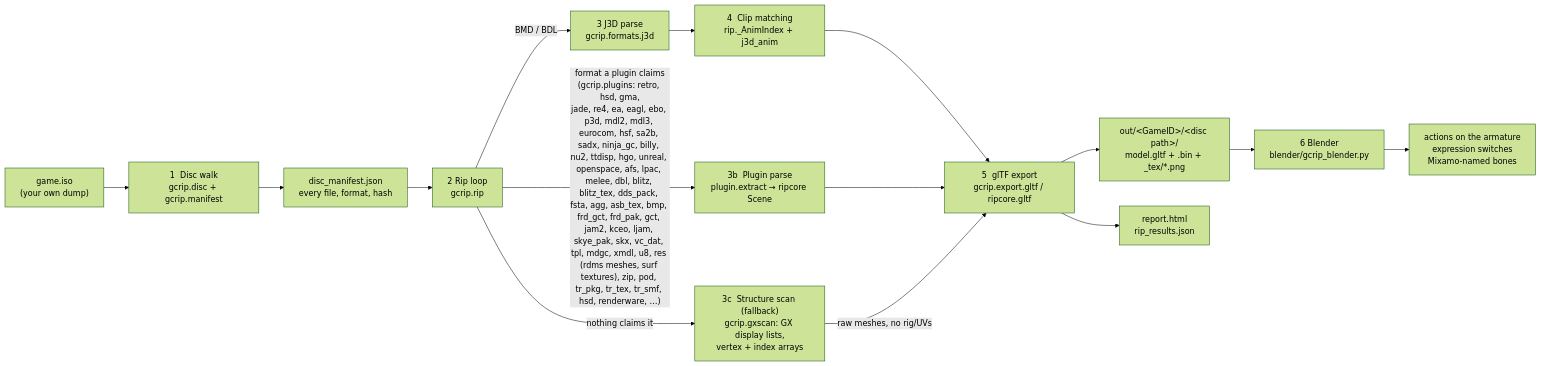
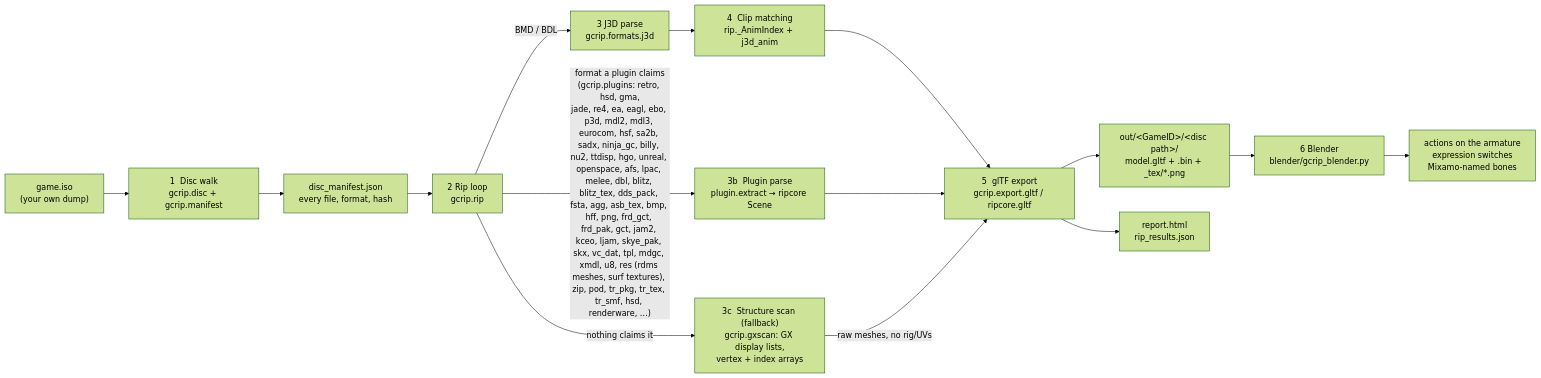
One commit to Felbs/3d-ripper-9000 changed the first of 9 diagrams in docs/PIPELINE.md. Above: the diagram before and after it, drawn with Mermaid (forest theme). The commit also changed 9 other files, not shown here.

First line of the commit message:
gcrip hff + png: carve 4,697 textures from two discs that produced nothing

````diff
--- a/docs/PIPELINE.md
+++ b/docs/PIPELINE.md
@@ -11,17 +11,17 @@
 ```mermaid
 flowchart LR
     ISO["game.iso<br/>(your own dump)"] --> WALK["1  Disc walk<br/>gcrip.disc + gcrip.manifest"]
     WALK --> MAN["disc_manifest.json<br/>every file, format, hash"]
     MAN --> RIP["2  Rip loop<br/>gcrip.rip"]
     RIP -->|"BMD / BDL"| J3D["3  J3D parse<br/>gcrip.formats.j3d"]
-    RIP -->|"format a plugin claims<br/>(gcrip.plugins: retro, hsd, gma,<br/>jade, re4, ea, eagl, ebo, p3d, mdl2, mdl3, eurocom, hsf, sa2b, sadx, ninja_gc, billy, nu2, ttdisp, hgo, unreal, openspace, afs, lpac, melee, dbl, blitz, blitz_tex, dds_pack, fsta, agg, asb_tex, bmp, frd_gct, frd_pak, gct, jam2, kceo, ljam, skye_pak, skx, vc_dat, tpl, mdgc, xmdl, u8, res (rdms meshes, surf textures), zip, pod, tr_pkg, tr_tex, tr_smf, hsd, renderware, …)"| PLUG["3b  Plugin parse<br/>plugin.extract → ripcore Scene"]
+    RIP -->|"format a plugin claims<br/>(gcrip.plugins: retro, hsd, gma,<br/>jade, re4, ea, eagl, ebo, p3d, mdl2, mdl3, eurocom, hsf, sa2b, sadx, ninja_gc, billy, nu2, ttdisp, hgo, unreal, openspace, afs, lpac, melee, dbl, blitz, blitz_tex, dds_pack, fsta, agg, asb_tex, bmp, hff, png, frd_gct, frd_pak, gct, jam2, kceo, ljam, skye_pak, skx, vc_dat, tpl, mdgc, xmdl, u8, res (rdms meshes, surf textures), zip, pod, tr_pkg, tr_tex, tr_smf, hsd, renderware, …)"| PLUG["3b  Plugin parse<br/>plugin.extract → ripcore Scene"]
     RIP -->|"nothing claims it"| GX["3c  Structure scan (fallback)<br/>gcrip.gxscan: GX display lists,<br/>vertex + index arrays"]
     J3D --> ANIM["4  Clip matching<br/>rip._AnimIndex + j3d_anim"]
     ANIM --> GLTF["5  glTF export<br/>gcrip.export.gltf / ripcore.gltf"]
     PLUG --> GLTF
     GX -->|"raw meshes, no rig/UVs"| GLTF
     GLTF --> OUT["out/&lt;GameID&gt;/&lt;disc path&gt;/<br/>model.gltf + .bin + _tex/*.png"]
     GLTF --> REP["report.html<br/>rip_results.json"]
     OUT --> BL["6  Blender<br/>blender/gcrip_blender.py"]
     BL --> PLAY["actions on the armature<br/>expression switches<br/>Mixamo-named bones"]
 ```
````
